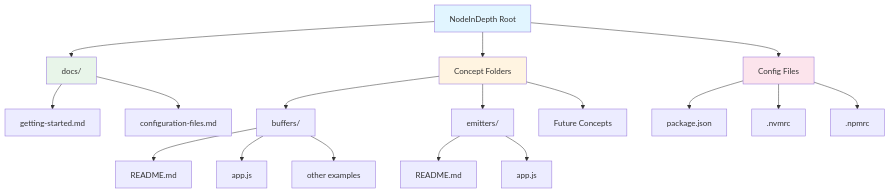
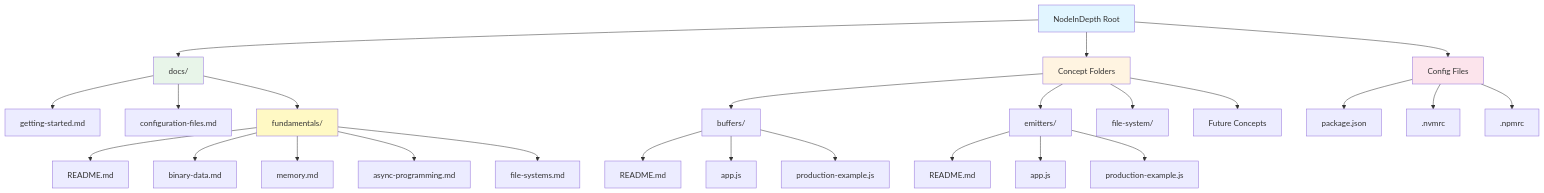
The first of 2 diagrams in .cursor/rules/rules.mdc (cjmaaz/NodeInDepth), drawn with Mermaid before and after one commit. The commit also changed other lines of this file and 21 other files, not shown here.

````diff
--- a/.cursor/rules/rules.mdc
+++ b/.cursor/rules/rules.mdc
@@ -166,29 +177,39 @@
 ```mermaid
 graph TD
     A[NodeInDepth Root] --> B[docs/]
     A --> C[Concept Folders]
     A --> D[Config Files]
 
     B --> B1[getting-started.md]
     B --> B2[configuration-files.md]
+    B --> B3[fundamentals/]
+
+    B3 --> B3A[README.md]
+    B3 --> B3B[binary-data.md]
+    B3 --> B3C[memory.md]
+    B3 --> B3D[async-programming.md]
+    B3 --> B3E[file-systems.md]
 
     C --> C1[buffers/]
     C --> C2[emitters/]
-    C --> C3[Future Concepts]
+    C --> C3[file-system/]
+    C --> C4[Future Concepts]
 
     C1 --> C1A[README.md]
     C1 --> C1B[app.js]
-    C1 --> C1C[other examples]
+    C1 --> C1C[production-example.js]
 
     C2 --> C2A[README.md]
     C2 --> C2B[app.js]
+    C2 --> C2C[production-example.js]
 
     D --> D1[package.json]
     D --> D2[.nvmrc]
     D --> D3[.npmrc]
 
     style A fill:#e1f5ff
     style C fill:#fff4e1
     style B fill:#e8f5e9
+    style B3 fill:#fff9c4
     style D fill:#fce4ec
 ```
````
